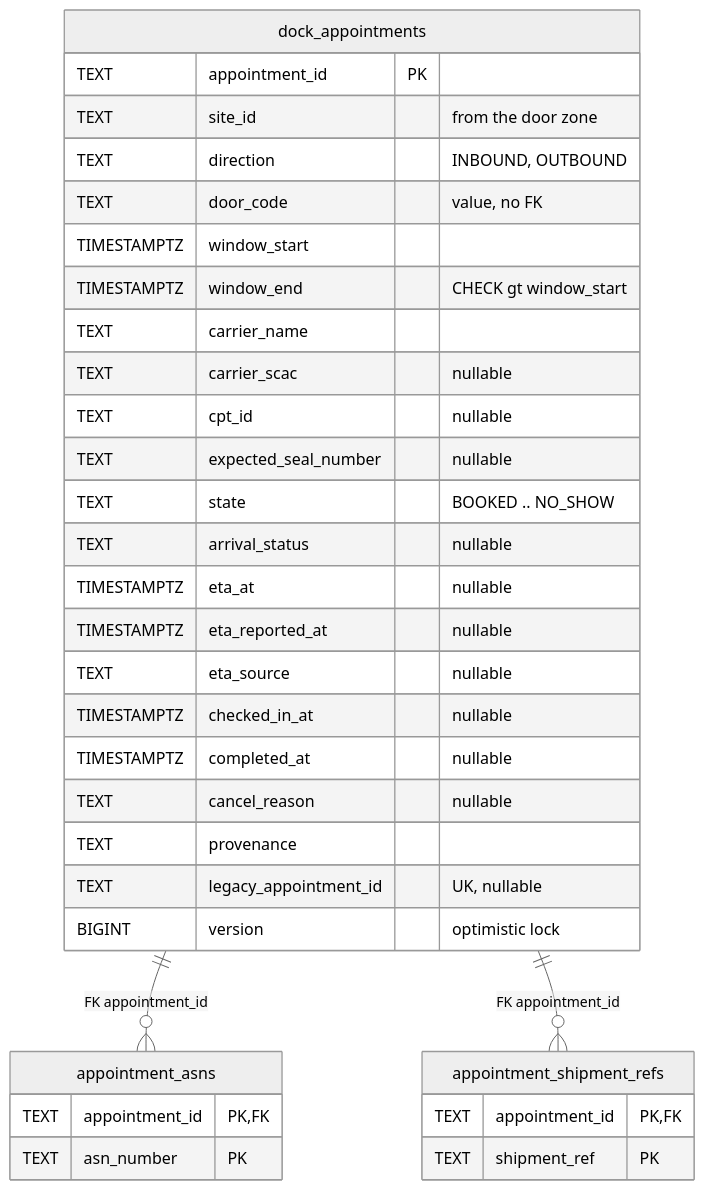
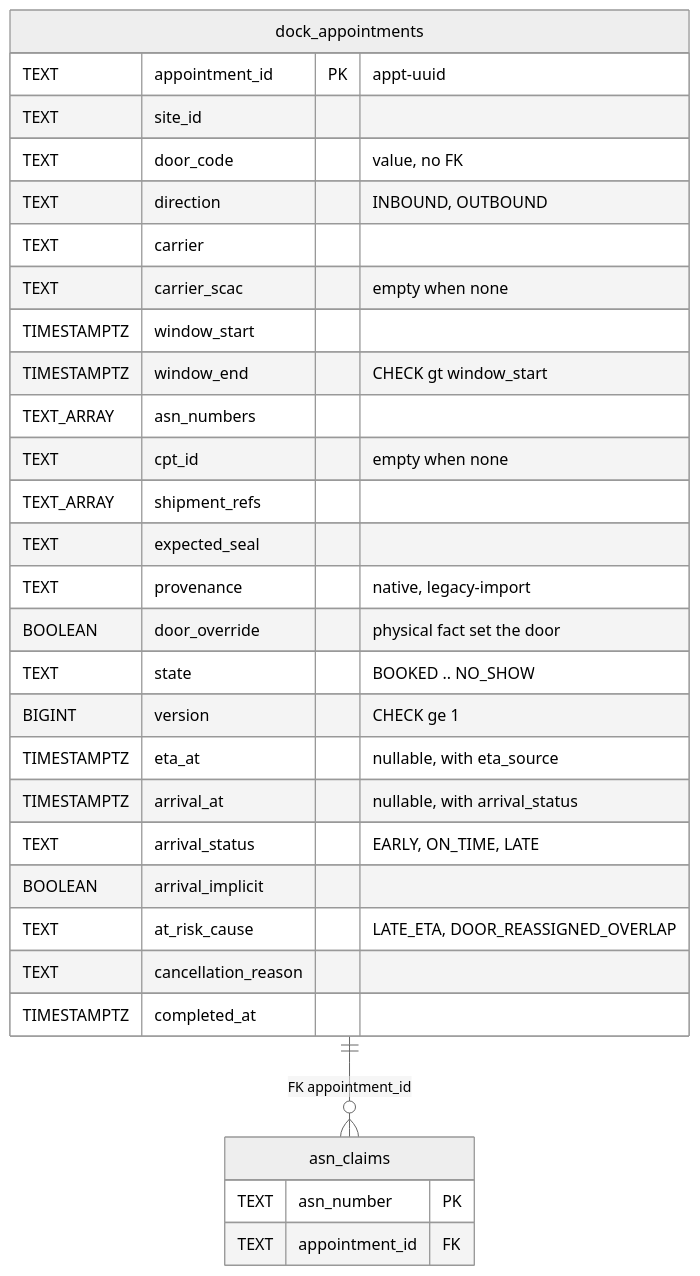
The first of 5 diagrams in yard/docs/contexts/dock-scheduling/entity-relationship.md (IQVO/warehouse-docs), drawn with Mermaid (neutral theme) before and after one commit. The commit also changed other lines of this file and 51 other files, not shown here.

````diff
--- a/yard/docs/contexts/dock-scheduling/entity-relationship.md
+++ b/yard/docs/contexts/dock-scheduling/entity-relationship.md
@@ -25,37 +26,34 @@
 ```mermaid
 erDiagram
     direction TB
-    dock_appointments ||--o{ appointment_asns : "FK appointment_id"
-    dock_appointments ||--o{ appointment_shipment_refs : "FK appointment_id"
+    dock_appointments ||--o{ asn_claims : "FK appointment_id"
     dock_appointments {
-        TEXT appointment_id PK
-        TEXT site_id "from the door zone"
+        TEXT appointment_id PK "appt-uuid"
+        TEXT site_id
+        TEXT door_code "value, no FK"
         TEXT direction "INBOUND, OUTBOUND"
-        TEXT door_code "value, no FK"
+        TEXT carrier
+        TEXT carrier_scac "empty when none"
         TIMESTAMPTZ window_start
         TIMESTAMPTZ window_end "CHECK gt window_start"
-        TEXT carrier_name
-        TEXT carrier_scac "nullable"
-        TEXT cpt_id "nullable"
-        TEXT expected_seal_number "nullable"
+        TEXT_ARRAY asn_numbers
+        TEXT cpt_id "empty when none"
+        TEXT_ARRAY shipment_refs
+        TEXT expected_seal
+        TEXT provenance "native, legacy-import"
+        BOOLEAN door_override "physical fact set the door"
         TEXT state "BOOKED .. NO_SHOW"
-        TEXT arrival_status "nullable"
-        TIMESTAMPTZ eta_at "nullable"
-        TIMESTAMPTZ eta_reported_at "nullable"
-        TEXT eta_source "nullable"
-        TIMESTAMPTZ checked_in_at "nullable"
-        TIMESTAMPTZ completed_at "nullable"
-        TEXT cancel_reason "nullable"
-        TEXT provenance
-        TEXT legacy_appointment_id "UK, nullable"
-        BIGINT version "optimistic lock"
+        BIGINT version "CHECK ge 1"
+        TIMESTAMPTZ eta_at "nullable, with eta_source"
+        TIMESTAMPTZ arrival_at "nullable, with arrival_status"
+        TEXT arrival_status "EARLY, ON_TIME, LATE"
+        BOOLEAN arrival_implicit
+        TEXT at_risk_cause "LATE_ETA, DOOR_REASSIGNED_OVERLAP"
+        TEXT cancellation_reason
+        TIMESTAMPTZ completed_at
     }
-    appointment_asns {
-        TEXT appointment_id PK,FK
+    asn_claims {
         TEXT asn_number PK
-    }
-    appointment_shipment_refs {
-        TEXT appointment_id PK,FK
-        TEXT shipment_ref PK
+        TEXT appointment_id FK
     }
 ```
````
